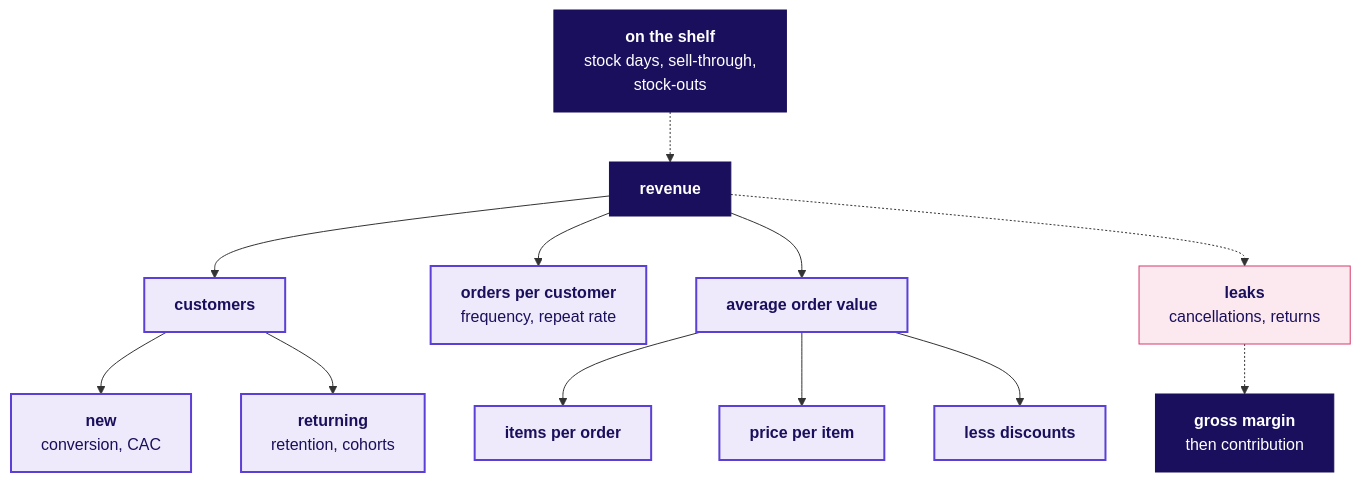
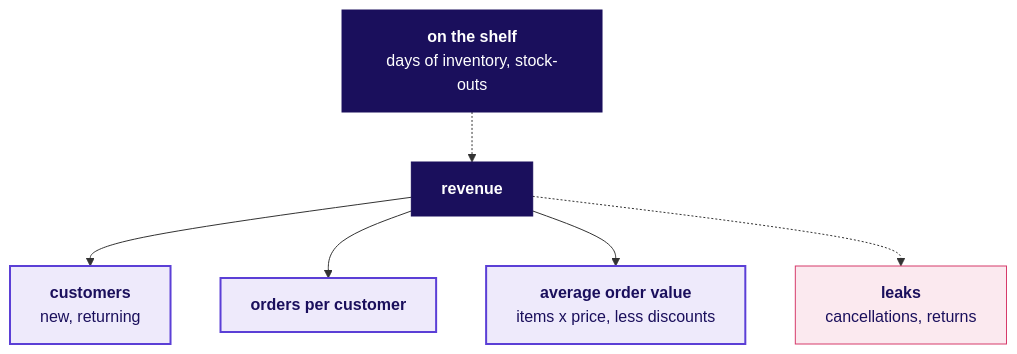
One commit to fde-academy-lab/c2-content-factory changed the sixth of 7 diagrams in content/W01/D1/trainer/C2_W01_D01_domain_story_TRAINER.md. Above: the diagram before and after it, drawn with Mermaid. The commit also changed other lines of this file, not shown here.

````diff
--- a/content/W01/D1/trainer/C2_W01_D01_domain_story_TRAINER.md
+++ b/content/W01/D1/trainer/C2_W01_D01_domain_story_TRAINER.md
@@ -179,20 +164,14 @@
 ```mermaid
 flowchart TB
-    R["<b>revenue</b>"] --> C["<b>customers</b>"]
-    R --> F["<b>orders per customer</b><br/>frequency, repeat rate"]
-    R --> A["<b>average order value</b>"]
+    S["<b>on the shelf</b><br/>days of inventory, stock-outs"] -.-> R["<b>revenue</b>"]
+    R --> C["<b>customers</b><br/>new, returning"]
+    R --> F["<b>orders per customer</b>"]
+    R --> A["<b>average order value</b><br/>items x price, less discounts"]
     R -.-> L["<b>leaks</b><br/>cancellations, returns"]
-    C --> N["<b>new</b><br/>conversion, CAC"]
-    C --> T["<b>returning</b><br/>retention, cohorts"]
-    A --> I["<b>items per order</b>"]
-    A --> P["<b>price per item</b>"]
-    A --> D["<b>less discounts</b>"]
-    L -.-> M["<b>gross margin</b><br/>then contribution"]
-    S["<b>on the shelf</b><br/>stock days, sell-through,<br/>stock-outs"] -.-> R
     classDef known fill:#EEEAFB,stroke:#5B3FD6,color:#1A0F5C,stroke-width:2px
     classDef bad fill:#FBE9EF,stroke:#D63A6A,color:#1A0F5C
     classDef dark fill:#1A0F5C,stroke:#1A0F5C,color:#FFFFFF
-    class C,F,A,N,T,I,P,D known
+    class C,F,A known
     class L bad
-    class R,M,S dark
+    class R,S dark
 ```
````
